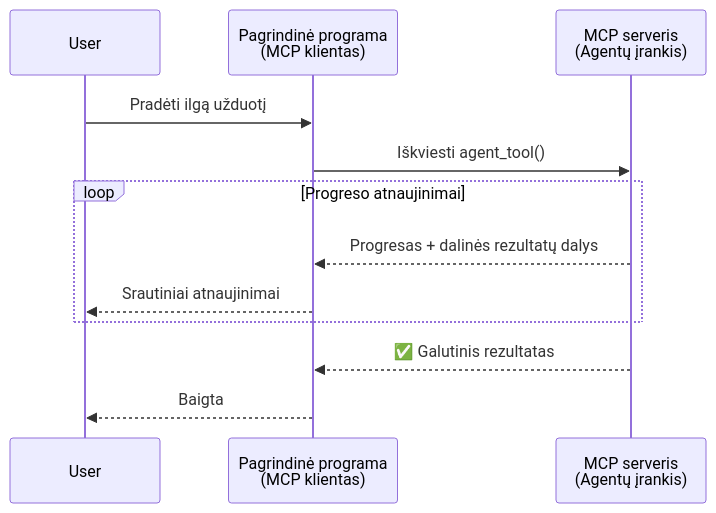
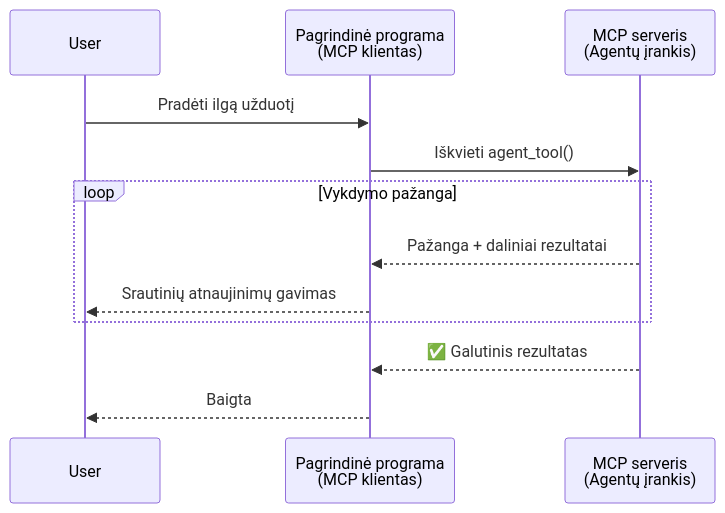
Before and after one commit to gabrielmoreira/agent-skills-mirror: the first of 5 diagrams in mirrors/repos/microsoft@ai-agents-for-beginners/translations/lt/11-agentic-protocols/code_samples/mcp-agents/README.md, drawn with Mermaid. The commit also changed other lines of this file and 4262 other files, not shown here.

````diff
--- a/mirrors/repos/microsoft@ai-agents-for-beginners/translations/lt/11-agentic-protocols/code_samples/mcp-agents/README.md
+++ b/mirrors/repos/microsoft@ai-agents-for-beginners/translations/lt/11-agentic-protocols/code_samples/mcp-agents/README.md
@@ -46,17 +46,17 @@
 ```mermaid
 sequenceDiagram
     participant User
     participant Host as Pagrindinė programa<br/>(MCP klientas)
     participant Server as MCP serveris<br/>(Agentų įrankis)
 
     User->>Host: Pradėti ilgą užduotį
-    Host->>Server: Iškviesti agent_tool()
+    Host->>Server: Iškvieti agent_tool()
 
-    loop Progreso atnaujinimai
-        Server-->>Host: Progresas + dalinės rezultatų dalys
-        Host-->>User: Srautiniai atnaujinimai
+    loop Vykdymo pažanga
+        Server-->>Host: Pažanga + daliniai rezultatai
+        Host-->>User: Srautinių atnaujinimų gavimas
     end
 
     Server-->>Host: ✅ Galutinis rezultatas
     Host-->>User: Baigta
 ```
````
